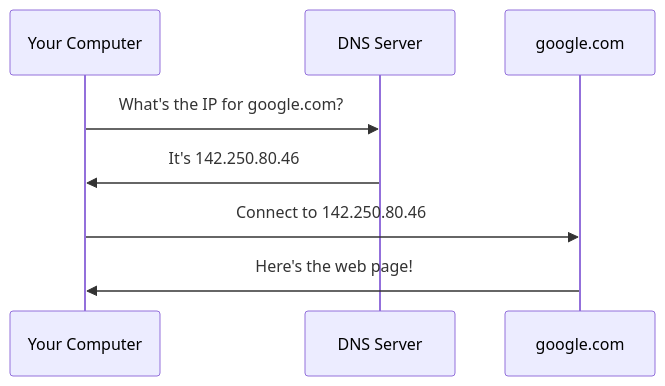
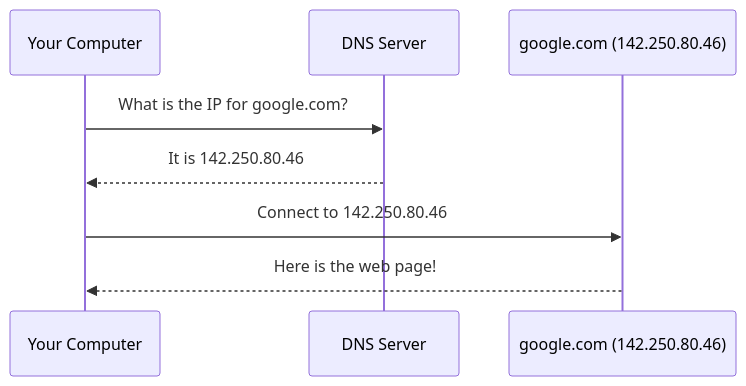
One commit to prisma-proxy/prisma changed the second of 7 diagrams in prisma-docs/docs/guide/basics.md. Above: the diagram before and after it, drawn with Mermaid. The commit also changed other lines of this file and 11 other files, not shown here.

````diff
--- a/prisma-docs/docs/guide/basics.md
+++ b/prisma-docs/docs/guide/basics.md
@@ -57,11 +44,11 @@
 ```mermaid
 sequenceDiagram
     participant You as Your Computer
     participant DNS as DNS Server
-    participant Web as google.com
+    participant Web as google.com (142.250.80.46)
 
-    You->>DNS: What's the IP for google.com?
-    DNS->>You: It's 142.250.80.46
+    You->>DNS: What is the IP for google.com?
+    DNS-->>You: It is 142.250.80.46
     You->>Web: Connect to 142.250.80.46
-    Web->>You: Here's the web page!
+    Web-->>You: Here is the web page!
 ```
````
